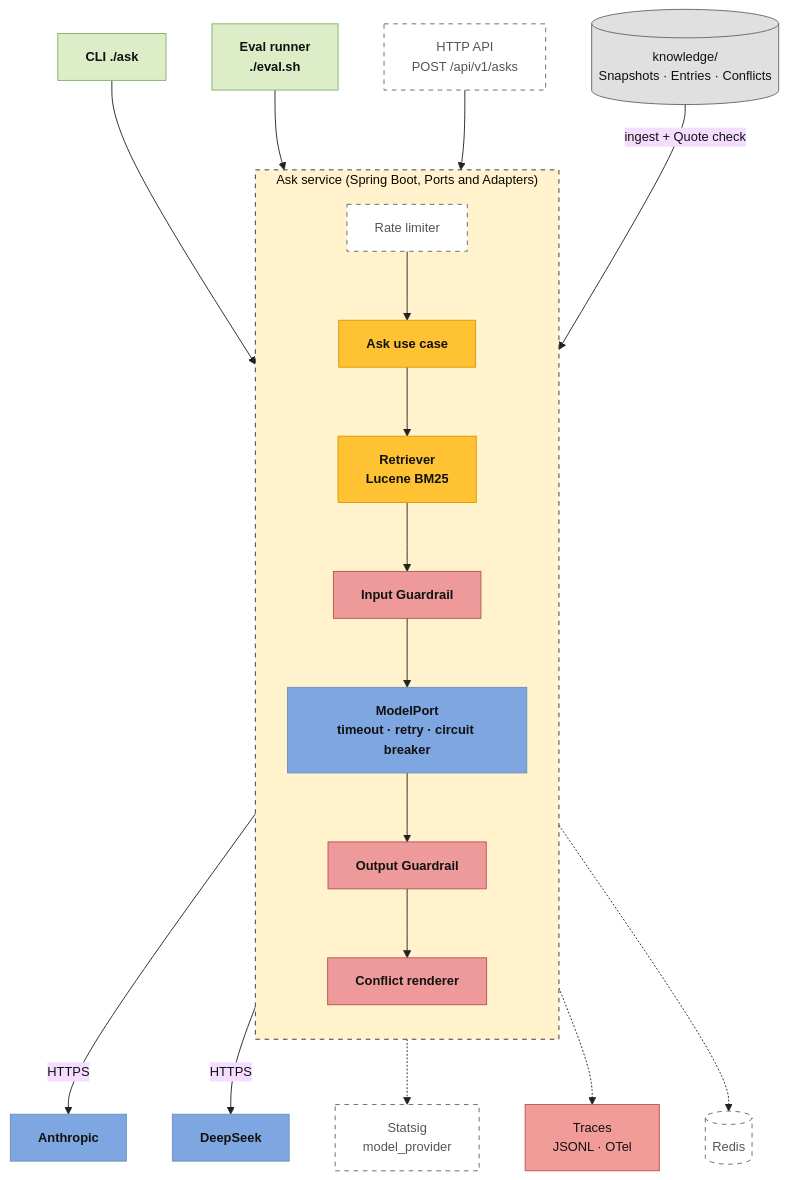
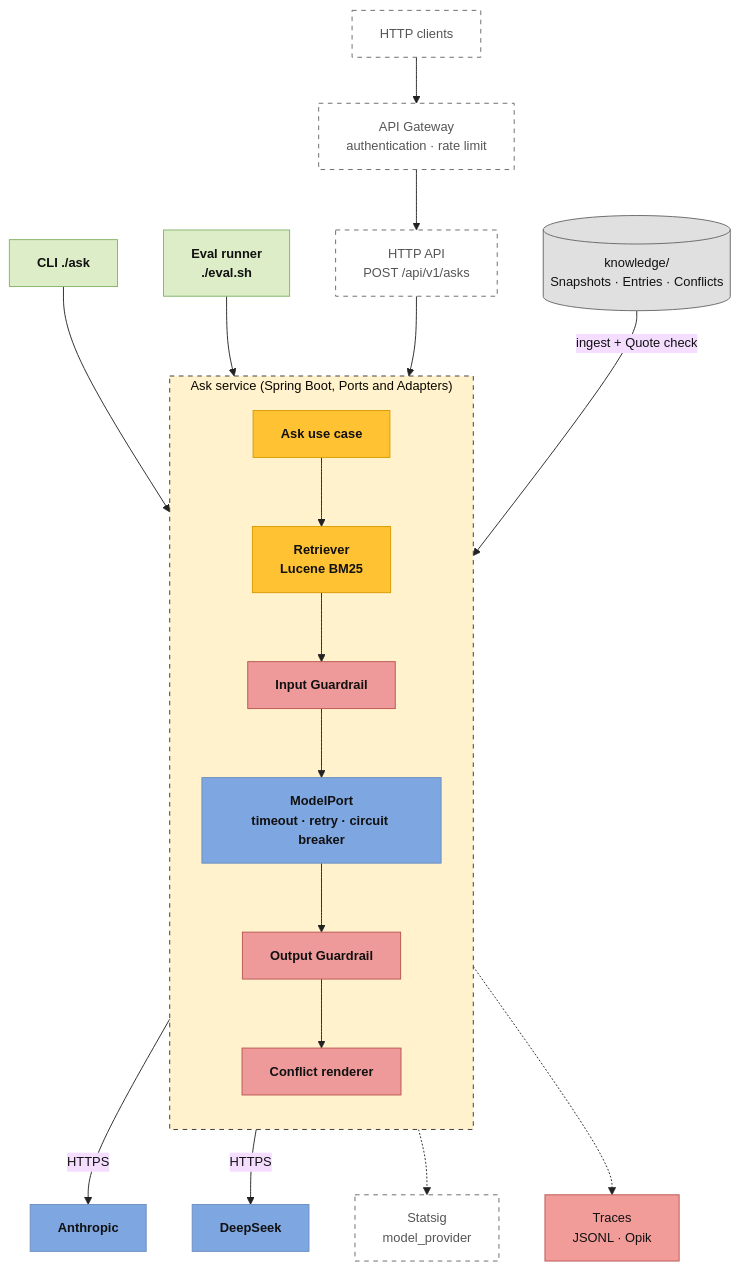
One commit to trieuttnv/job-finder-assisstant changed the diagram in docs/img/container.mmd. Above: the diagram before and after it, drawn with Mermaid. The commit also changed 11 other files, not shown here.

```diff
--- a/docs/img/container.mmd
+++ b/docs/img/container.mmd
@@ -1,35 +1,35 @@
 %%{init: {"theme":"base","themeVariables":{"background":"#FFFEF9","fontFamily":"Helvetica, Arial, sans-serif","fontSize":"14px","lineColor":"#222","primaryTextColor":"#111"}}}%%
 flowchart TB
   classDef ui      fill:#DCEDC8,stroke:#82B366,color:#111,font-weight:bold
   classDef step    fill:#FFC233,stroke:#D79B00,color:#111,font-weight:bold
   classDef llm     fill:#7EA6E0,stroke:#6C8EBF,color:#111,font-weight:bold
   classDef check   fill:#EE9A9A,stroke:#B85450,color:#111,font-weight:bold
   classDef ext     fill:#CB94D7,stroke:#9673A6,color:#111,font-weight:bold
   classDef store   fill:#E0E0E0,stroke:#666,color:#111
   classDef obs     fill:#F19C99,stroke:#B85450,color:#111
   classDef designed fill:#FFFFFF,stroke:#666,stroke-dasharray:5 5,color:#555
   %% Container view. Dashed nodes = designed for production, not built.
   CLI["CLI ./ask"]:::ui
+  CL["HTTP clients"]:::designed
+  GW["API Gateway<br/>authentication · rate limit"]:::designed
   API["HTTP API<br/>POST /api/v1/asks"]:::designed
   EVAL["Eval runner<br/>./eval.sh"]:::ui
   subgraph SVC["Ask service (Spring Boot, Ports and Adapters)"]
     direction TB
-    RL["Rate limiter"]:::designed
     UC["Ask use case"]:::step
     RET["Retriever<br/>Lucene BM25"]:::step
     IG["Input Guardrail"]:::check
     OG["Output Guardrail"]:::check
     CR["Conflict renderer"]:::check
     MP["ModelPort<br/>timeout · retry · circuit breaker"]:::llm
   end
   CLI --> UC
   EVAL --> UC
-  API --> RL --> UC
+  CL --> GW --> API --> UC
   UC --> RET --> IG --> MP --> OG --> CR
   KB[("knowledge/<br/>Snapshots · Entries · Conflicts")]:::store -->|ingest + Quote check| RET
   MP -->|HTTPS| ANT["Anthropic"]:::llm
   MP -->|HTTPS| DS["DeepSeek"]:::llm
   UC -.-> SG["Statsig<br/>model_provider"]:::designed
-  UC -.-> TR["Traces<br/>JSONL · OTel"]:::obs
-  RL -.-> RD[("Redis")]:::designed
+  UC -.-> TR["Traces<br/>JSONL · Opik"]:::obs
   style SVC fill:#FFF2CC,stroke:#333,stroke-dasharray:5 5
```
